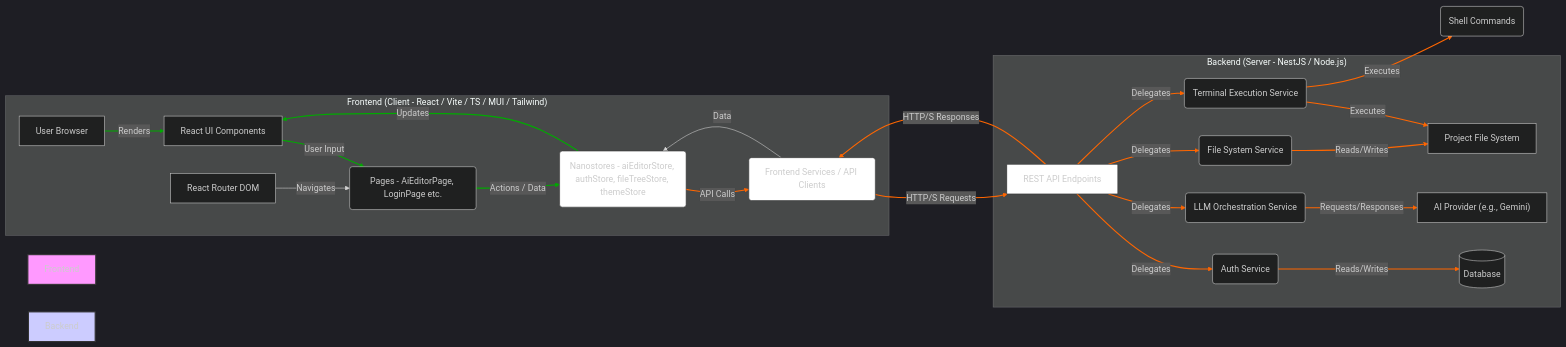
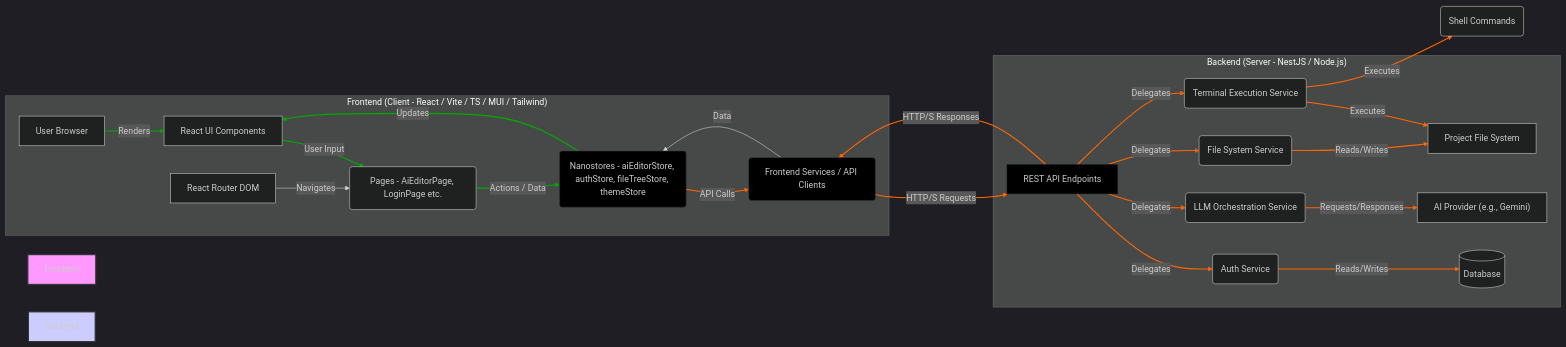
The diagram in README.md (evillan0315/ai-editor-front), drawn with Mermaid before and after one commit.

Commit message:
docs: update mermaid diagrams for dark theme compatibility

````diff
--- a/README.md
+++ b/README.md
@@ -53,64 +53,64 @@
 ```mermaid
 %%{init: {'theme': 'dark'}}%%
 graph LR
     subgraph "Frontend (Client - React / Vite / TS / MUI / Tailwind)"
         Browser[User Browser]
         UI[React UI Components]
         Pages(Pages - AiEditorPage, LoginPage etc.)
         State(Nanostores - aiEditorStore, authStore, fileTreeStore, themeStore)
         Services(Frontend Services / API Clients)
         Router[React Router DOM]
     end
 
     subgraph "Backend (Server - NestJS / Node.js)"
         API[REST API Endpoints]
         Auth(Auth Service)
         LLM(LLM Orchestration Service)
         File(File System Service)
         Terminal(Terminal Execution Service)
         DB[(Database)]
         AI_Provider[AI Provider &lpar;e.g., Gemini&rpar;]
         FS[Project File System]
     end
 
     Browser -- Renders --> UI
     UI -- User Input --> Pages
     Pages -- Actions / Data --> State
     State -- Updates --> UI
     State -- API Calls --> Services
     Services -- HTTP/S Requests --> API
     API -- Delegates --> Auth
     API -- Delegates --> LLM
     API -- Delegates --> File
     API -- Delegates --> Terminal
     Auth -- Reads/Writes --> DB
     LLM -- Requests/Responses --> AI_Provider
     File -- Reads/Writes --> FS
     Terminal -- Executes --> FS
     Terminal -- Executes --> Shell(Shell Commands)
     API -- HTTP/S Responses --> Services
     Services -- Data --> State
     Router -- Navigates --> Pages
 
     style Frontend fill:#f9f,stroke:#333,stroke-width:2px
     style Backend fill:#ccf,stroke:#333,stroke-width:2px
-    style State fill:#fff,stroke:#333,stroke-width:1px
-    style Services fill:#fff,stroke:#333,stroke-width:1px
-    style API fill:#fff,stroke:#333,stroke-width:1px
+    style State fill:#000,stroke:#333,stroke-width:1px
+    style Services fill:#000,stroke:#333,stroke-width:1px
+    style API fill:#000,stroke:#333,stroke-width:1px
     linkStyle 0 stroke:#0a0,stroke-width:2px;
     linkStyle 1 stroke:#0a0,stroke-width:2px;
     linkStyle 2 stroke:#0a0,stroke-width:2px;
     linkStyle 3 stroke:#0a0,stroke-width:2px;
     linkStyle 4 stroke:#f60,stroke-width:2px;
     linkStyle 5 stroke:#f60,stroke-width:2px;
     linkStyle 6 stroke:#f60,stroke-width:2px;
     linkStyle 7 stroke:#f60,stroke-width:2px;
     linkStyle 8 stroke:#f60,stroke-width:2px;
     linkStyle 9 stroke:#f60,stroke-width:2px;
     linkStyle 10 stroke:#f60,stroke-width:2px;
     linkStyle 11 stroke:#f60,stroke-width:2px;
     linkStyle 12 stroke:#f60,stroke-width:2px;
     linkStyle 13 stroke:#f60,stroke-width:2px;
     linkStyle 14 stroke:#f60,stroke-width:2px;
     linkStyle 15 stroke:#f60,stroke-width:2px;
 ```
````
